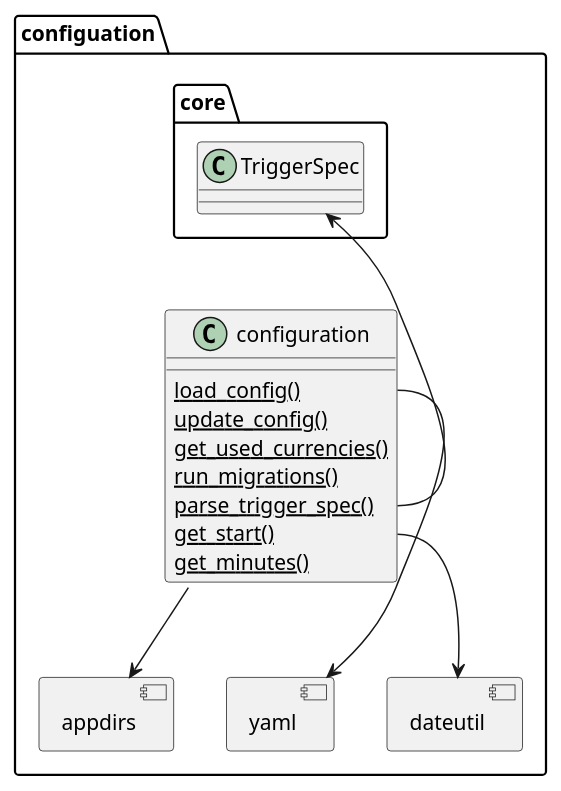
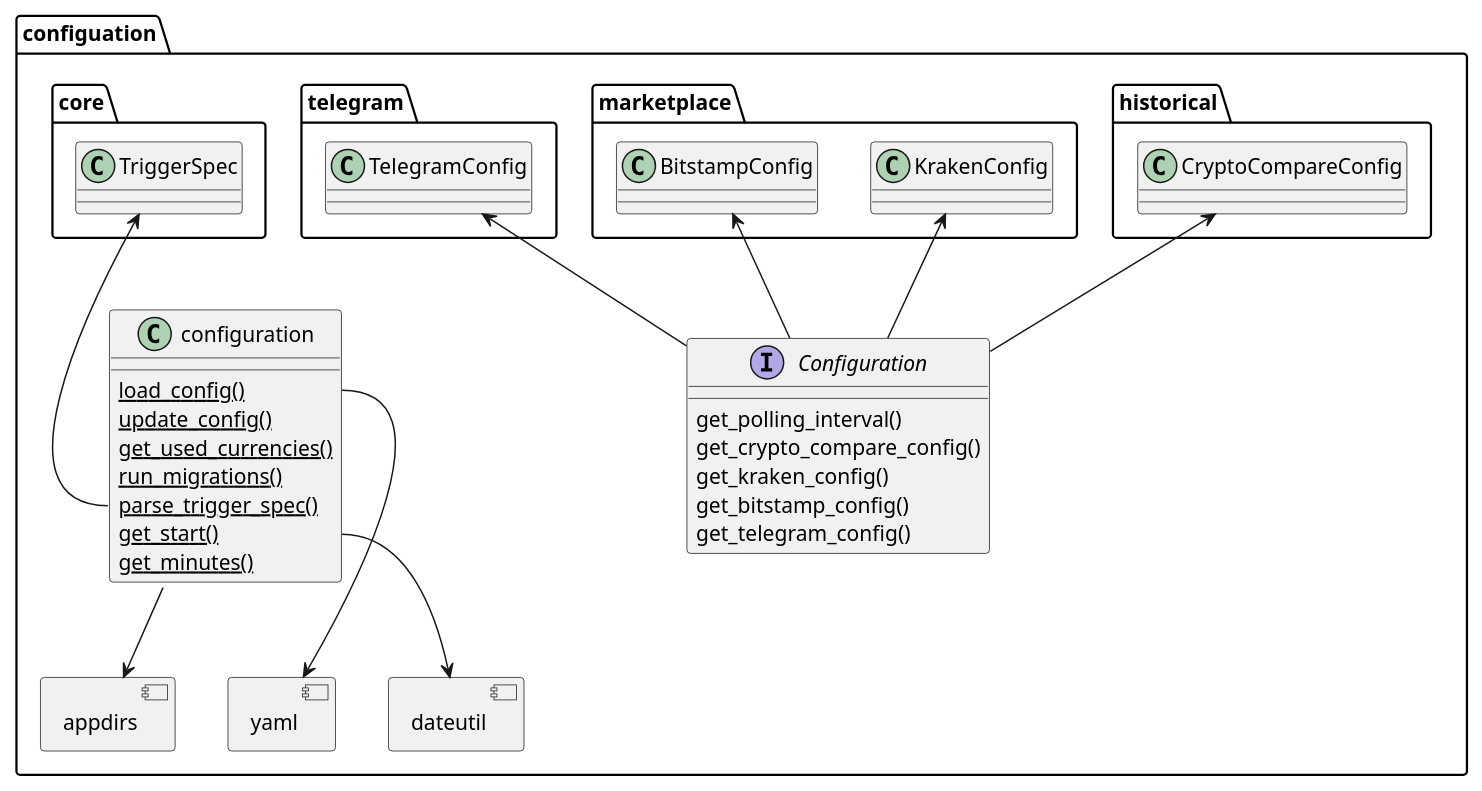
Before and after one commit to martin-ueding/vigilant-crypto-snatch: the diagram in docs/dev/graphs/configuration.puml, drawn with PlantUML. The commit also changed 7 other files, not shown here.

```diff
--- a/docs/dev/graphs/configuration.puml
+++ b/docs/dev/graphs/configuration.puml
@@ -1,27 +1,40 @@
 @startuml
 
 allowmixing
 
 namespace configuation {
 component appdirs
 component yaml
 component dateutil
 
 class configuration {
     {static} load_config()
     {static} update_config()
     {static} get_used_currencies()
     {static} run_migrations()
     {static} parse_trigger_spec()
     {static} get_start()
     {static} get_minutes()
 }
 
+interface Configuration {
+    get_polling_interval()
+    get_crypto_compare_config()
+    get_kraken_config()
+    get_bitstamp_config()
+    get_telegram_config()
+}
+
+historical.CryptoCompareConfig <-- Configuration
+marketplace.KrakenConfig <-- Configuration
+marketplace.BitstampConfig <-- Configuration
+telegram.TelegramConfig <-- Configuration
+
 configuration::load_config --> yaml
 configuration::get_start --> dateutil
 core.TriggerSpec <-- configuration::parse_trigger_spec
 
 configuration --> appdirs
 
 }
 @enduml
```
